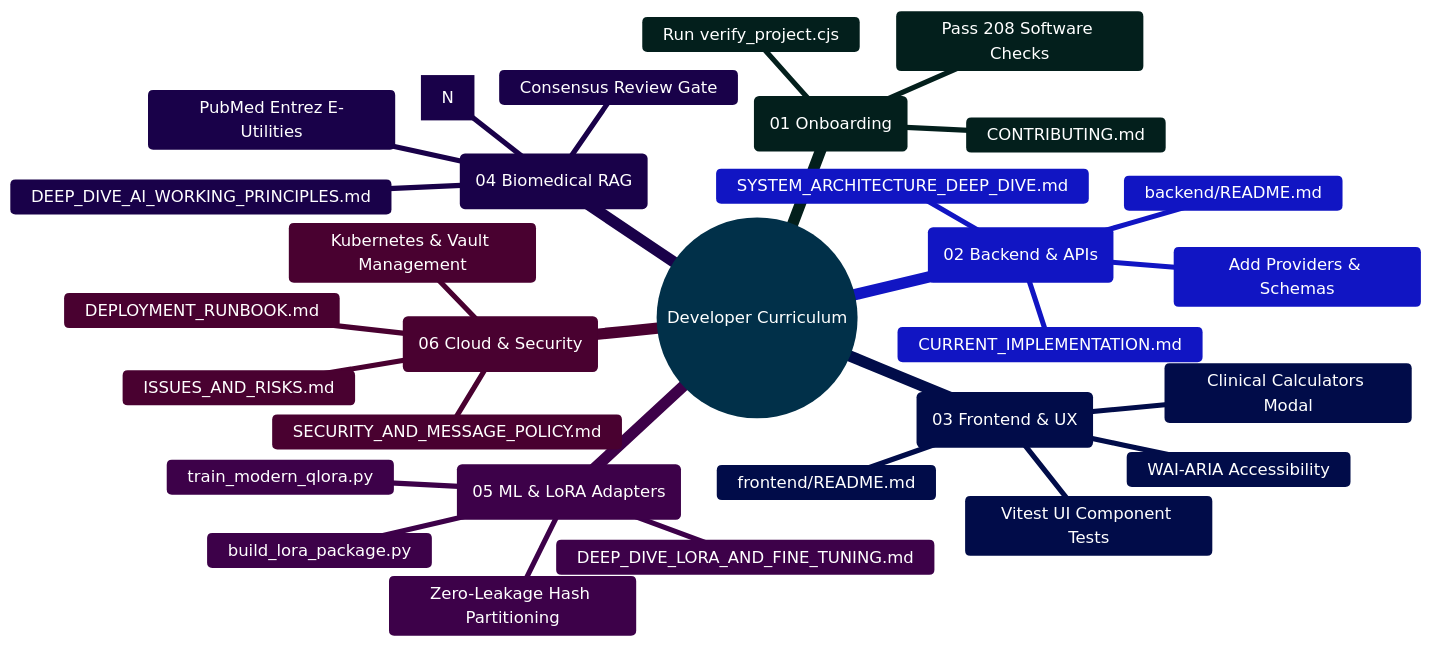
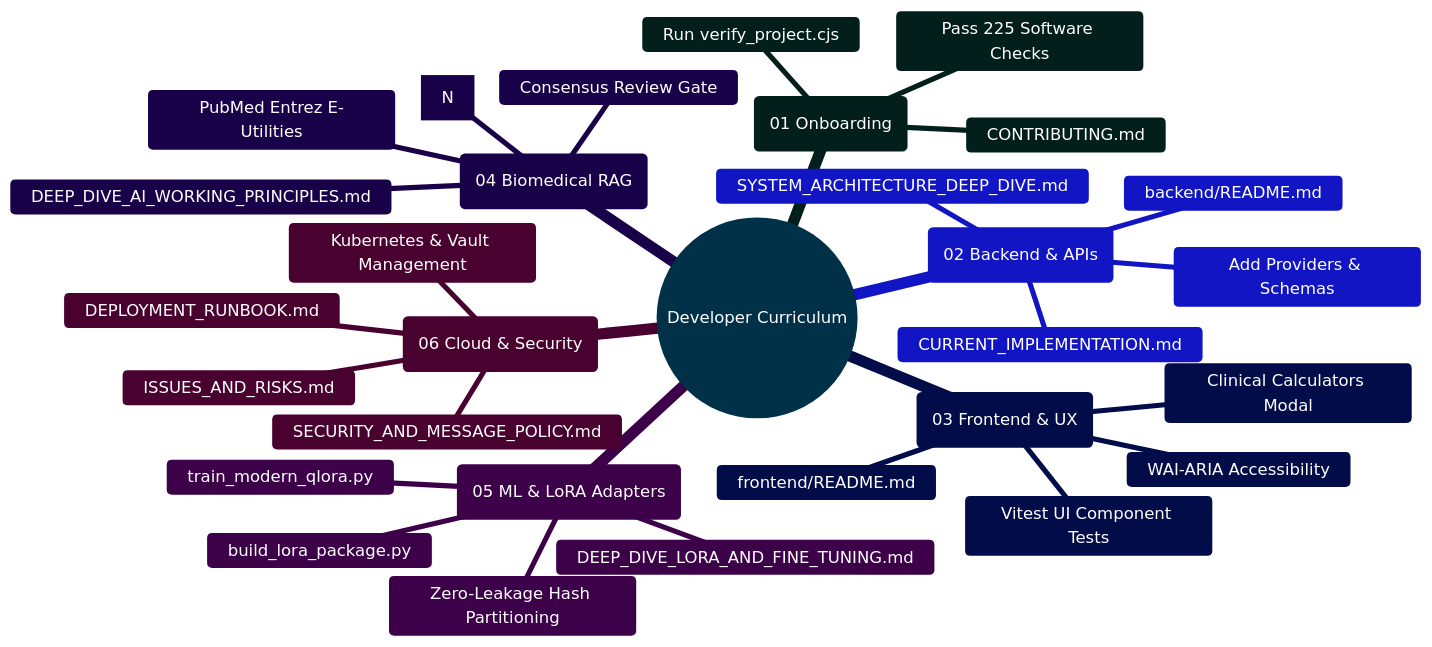
The second of 2 diagrams in docs/README.md (Ganesh172919/React-App-LLM), drawn with Mermaid before and after one commit. The commit also changed other lines of this file and 39 other files, not shown here.

````diff
--- a/docs/README.md
+++ b/docs/README.md
@@ -284,35 +284,35 @@
 ```mermaid
 %%{init: {'theme': 'base', 'themeVariables': { 'primaryColor': '#0284c7', 'primaryTextColor': '#ffffff', 'primaryBorderColor': '#0369a1', 'lineColor': '#0284c7', 'secondaryColor': '#0d9488', 'tertiaryColor': '#6366f1' }}}%%
 mindmap
   root((Developer Curriculum))
     ::icon(fa fa-graduation-cap)
     (01 Onboarding)
       CONTRIBUTING.md
       Run verify_project.cjs
-      Pass 208 Software Checks
+      Pass 225 Software Checks
     (02 Backend & APIs)
       CURRENT_IMPLEMENTATION.md
       SYSTEM_ARCHITECTURE_DEEP_DIVE.md
       backend/README.md
       Add Providers & Schemas
     (03 Frontend & UX)
       frontend/README.md
       WAI-ARIA Accessibility
       Clinical Calculators Modal
       Vitest UI Component Tests
     (04 Biomedical RAG)
       DEEP_DIVE_AI_WORKING_PRINCIPLES.md
       PubMed Entrez E-Utilities
       Citation Verifier [N]
       Consensus Review Gate
     (05 ML & LoRA Adapters)
       DEEP_DIVE_LORA_AND_FINE_TUNING.md
       Zero-Leakage Hash Partitioning
       build_lora_package.py
       train_modern_qlora.py
     (06 Cloud & Security)
       DEPLOYMENT_RUNBOOK.md
       SECURITY_AND_MESSAGE_POLICY.md
       ISSUES_AND_RISKS.md
       Kubernetes & Vault Management
 ```
````
